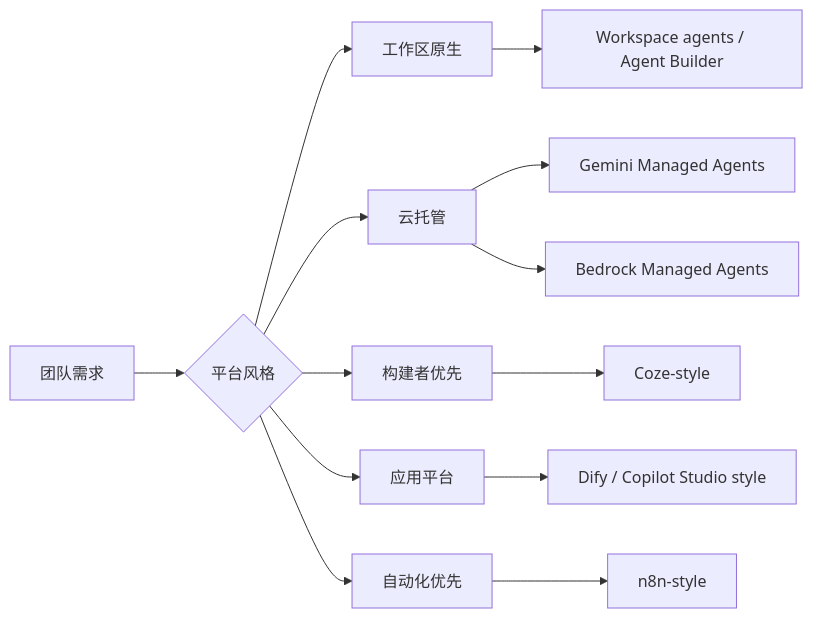
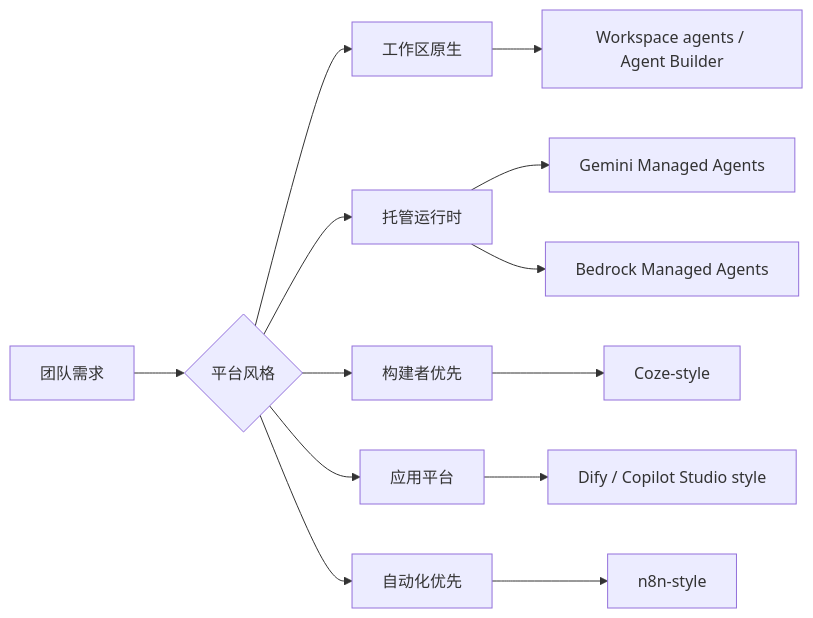
One commit to Prompthon-IO/agent-systems-handbook changed the diagram in zh-Hans/ecosystem/agent-platforms-and-low-code-builders.mdx. Above: the diagram before and after it, drawn with Mermaid. The commit also changed other lines of this file and 1 other file, not shown here.

Commit message:
docs: clarify managed runtime taxonomy

````diff
--- a/zh-Hans/ecosystem/agent-platforms-and-low-code-builders.mdx
+++ b/zh-Hans/ecosystem/agent-platforms-and-low-code-builders.mdx
@@ -69,15 +69,15 @@
 ```mermaid
 flowchart LR
   Need["团队需求"] --> Choice{"平台风格"}
   Choice --> Workspace["工作区原生"]
-  Choice --> Managed["云托管"]
+  Choice --> Managed["托管运行时"]
   Choice --> Builder["构建者优先"]
   Choice --> App["应用平台"]
   Choice --> Automation["自动化优先"]
   Workspace --> OpenAI["Workspace agents / Agent Builder"]
   Managed --> Gemini["Gemini Managed Agents"]
   Managed --> Bedrock["Bedrock Managed Agents"]
   Builder --> Coze["Coze-style"]
   App --> Dify["Dify / Copilot Studio style"]
   Automation --> N8N["n8n-style"]
 ```
````
